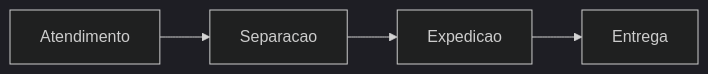
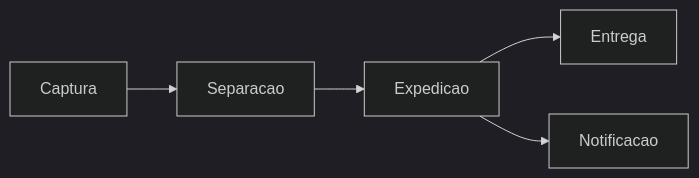
Before and after one commit to adriano-inf-br/markdown-editor-01: the diagram in exemplo-markdown-03.md, drawn with Mermaid (dark theme). The commit also changed other lines of this file and 14 other files, not shown here.

````diff
--- a/exemplo-markdown-03.md
+++ b/exemplo-markdown-03.md
@@ -37,6 +36,7 @@
 ```mermaid
 flowchart LR
-    Atendimento --> Separacao
+    Captura --> Separacao
     Separacao --> Expedicao
     Expedicao --> Entrega
+    Expedicao --> Notificacao
 ```
````
